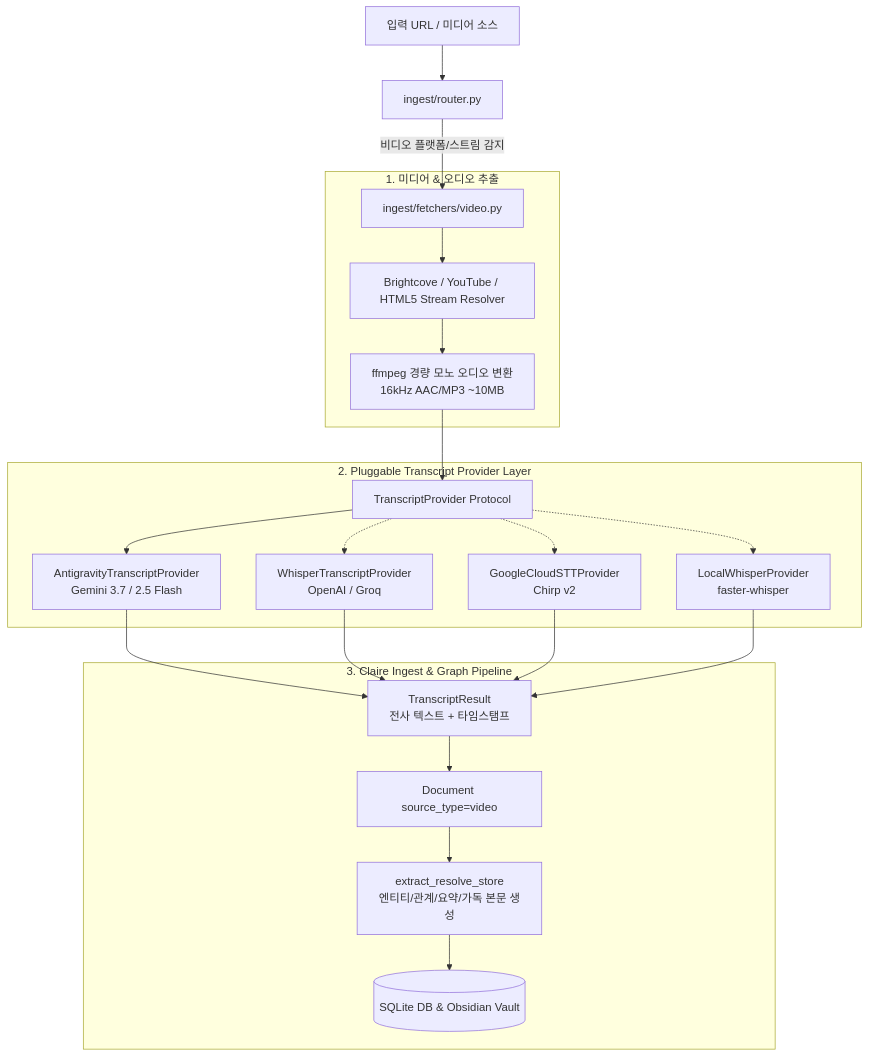
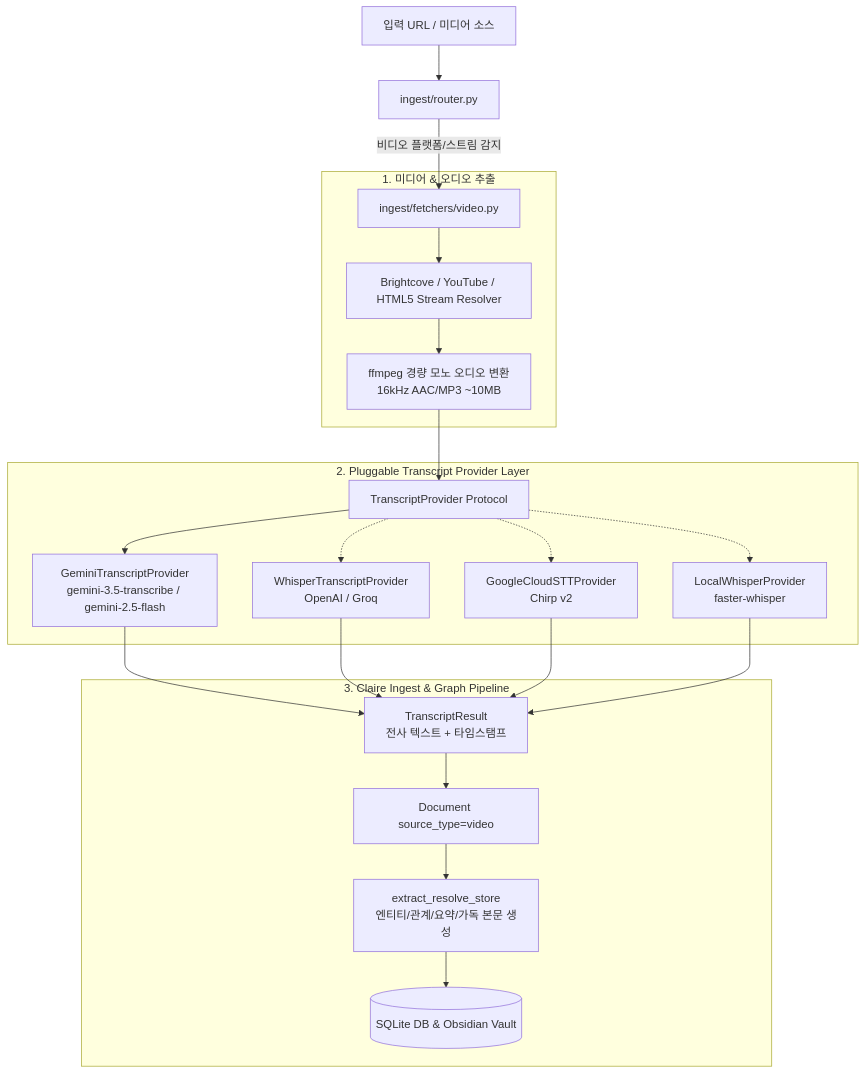
The diagram in docs/origin/design/VIDEO_AUDIO_TRANSCRIPTION_AND_INGESTION_DESIGN.md (fofwisdom/claire-bible), drawn with Mermaid before and after one commit. The commit also changed other lines of this file and 7 other files, not shown here.

First line of the commit message:
fix(stt): remove antigravity hijacking and document gemini as exclusive provider

````diff
--- a/docs/origin/design/VIDEO_AUDIO_TRANSCRIPTION_AND_INGESTION_DESIGN.md
+++ b/docs/origin/design/VIDEO_AUDIO_TRANSCRIPTION_AND_INGESTION_DESIGN.md
@@ -41,25 +41,25 @@
 ```mermaid
 flowchart TD
     A[입력 URL / 미디어 소스] --> B[ingest/router.py]
     B -->|비디오 플랫폼/스트림 감지| C[ingest/fetchers/video.py]
     
     subgraph S1 [1. 미디어 & 오디오 추출]
         C --> D[Brightcove / YouTube / HTML5 Stream Resolver]
         D --> E[ffmpeg 경량 모노 오디오 변환<br>16kHz AAC/MP3 ~10MB]
     end
     
     subgraph S2 [2. Pluggable Transcript Provider Layer]
         E --> F[TranscriptProvider Protocol]
-        F --> G[AntigravityTranscriptProvider<br>Gemini 3.7 / 2.5 Flash]
+        F --> G[GeminiTranscriptProvider<br>gemini-3.5-transcribe / gemini-2.5-flash]
         F -.-> H[WhisperTranscriptProvider<br>OpenAI / Groq]
         F -.-> I[GoogleCloudSTTProvider<br>Chirp v2]
         F -.-> J[LocalWhisperProvider<br>faster-whisper]
     end
     
     subgraph S3 [3. Claire Ingest & Graph Pipeline]
         G & H & I & J --> K[TranscriptResult<br>전사 텍스트 + 타임스탬프]
         K --> L[Document source_type=video]
         L --> M[extract_resolve_store<br>엔티티/관계/요약/가독 본문 생성]
         M --> N[(SQLite DB & Obsidian Vault)]
     end
 ```
````
